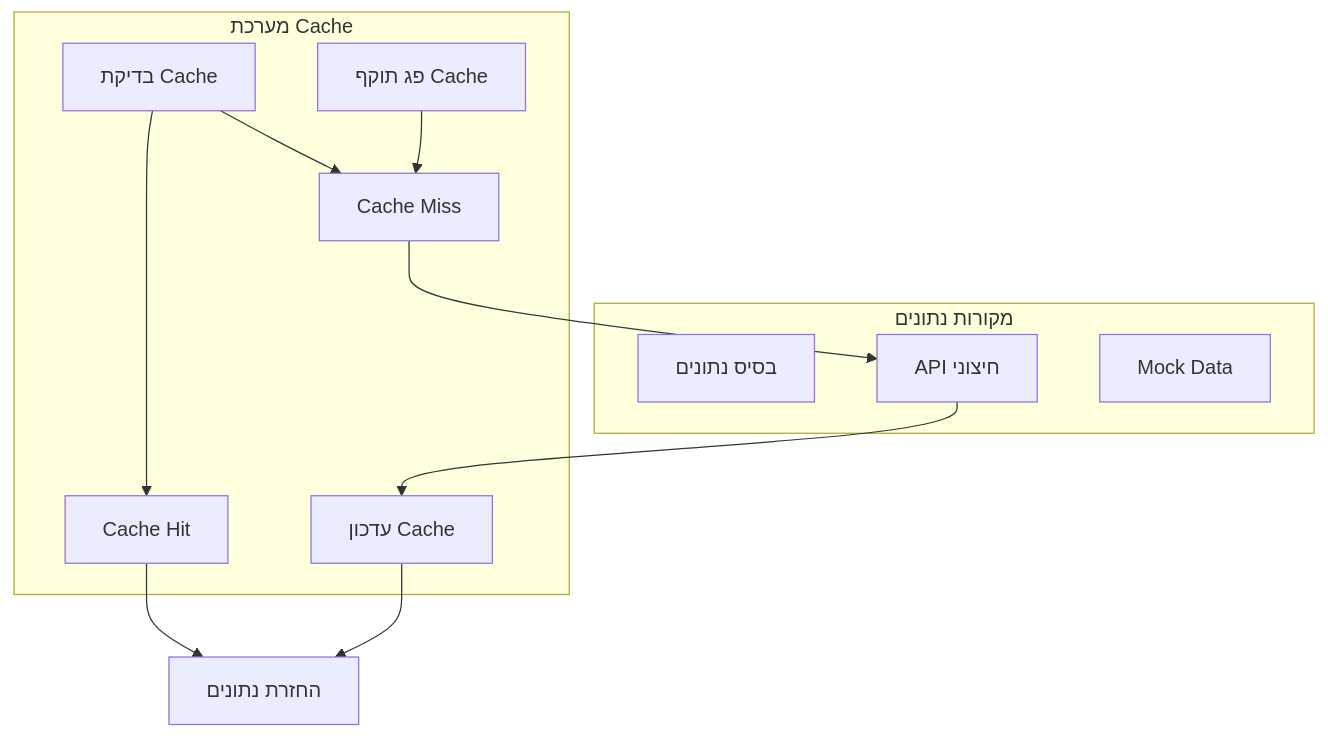
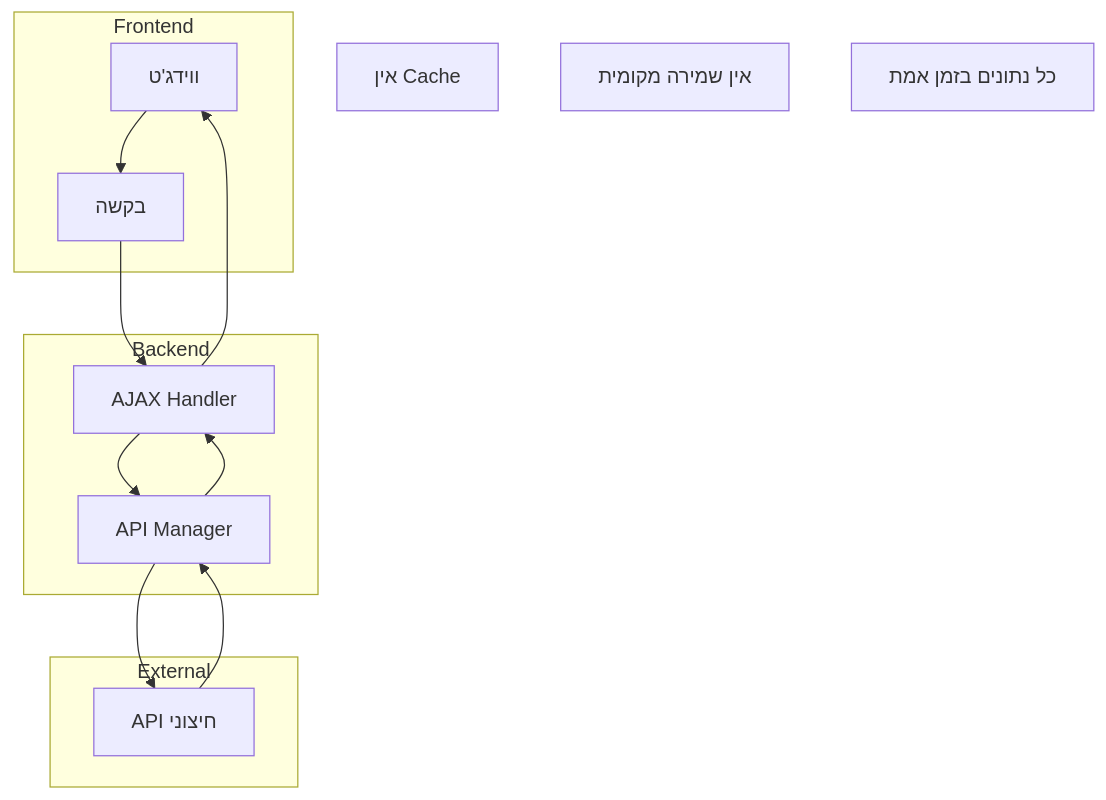
One commit to OrielBenMoshe/clinic-queue-management changed the eighth of 8 diagrams in docs/FLOW_DIAGRAM.md. Above: the diagram before and after it, drawn with Mermaid. The commit also changed other lines of this file and 78 other files, not shown here.

````diff
--- a/docs/FLOW_DIAGRAM.md
+++ b/docs/FLOW_DIAGRAM.md
@@ -283,24 +263,28 @@
 ```mermaid
 graph TD
-    subgraph "מערכת Cache"
-        CHECK[בדיקת Cache]
-        HIT[Cache Hit]
-        MISS[Cache Miss]
-        UPDATE[עדכון Cache]
-        EXPIRE[פג תוקף Cache]
+    subgraph "Frontend"
+        WIDGET[ווידג'ט]
+        REQUEST[בקשה]
     end
     
-    subgraph "מקורות נתונים"
-        DB[בסיס נתונים]
-        API[API חיצוני]
-        MOCK[Mock Data]
+    subgraph "Backend"
+        HANDLER[AJAX Handler]
+        API_MGR[API Manager]
     end
     
-    CHECK --> HIT
-    CHECK --> MISS
-    HIT --> RETURN[החזרת נתונים]
-    MISS --> API
-    API --> UPDATE
-    UPDATE --> RETURN
-    EXPIRE --> MISS
+    subgraph "External"
+        EXT_API[API חיצוני]
+    end
+    
+    WIDGET --> REQUEST
+    REQUEST --> HANDLER
+    HANDLER --> API_MGR
+    API_MGR --> EXT_API
+    EXT_API --> API_MGR
+    API_MGR --> HANDLER
+    HANDLER --> WIDGET
+    
+    Note1[אין Cache]
+    Note2[אין שמירה מקומית]
+    Note3[כל נתונים בזמן אמת]
 ```
````
